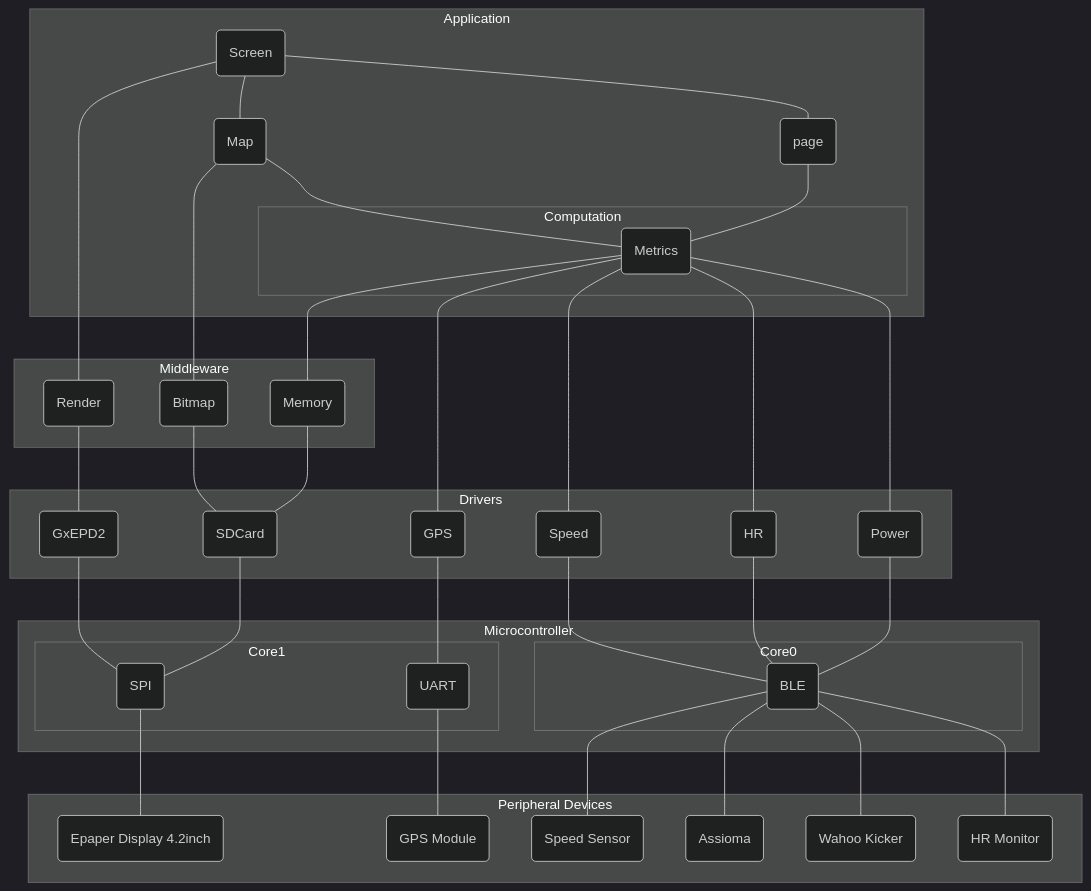
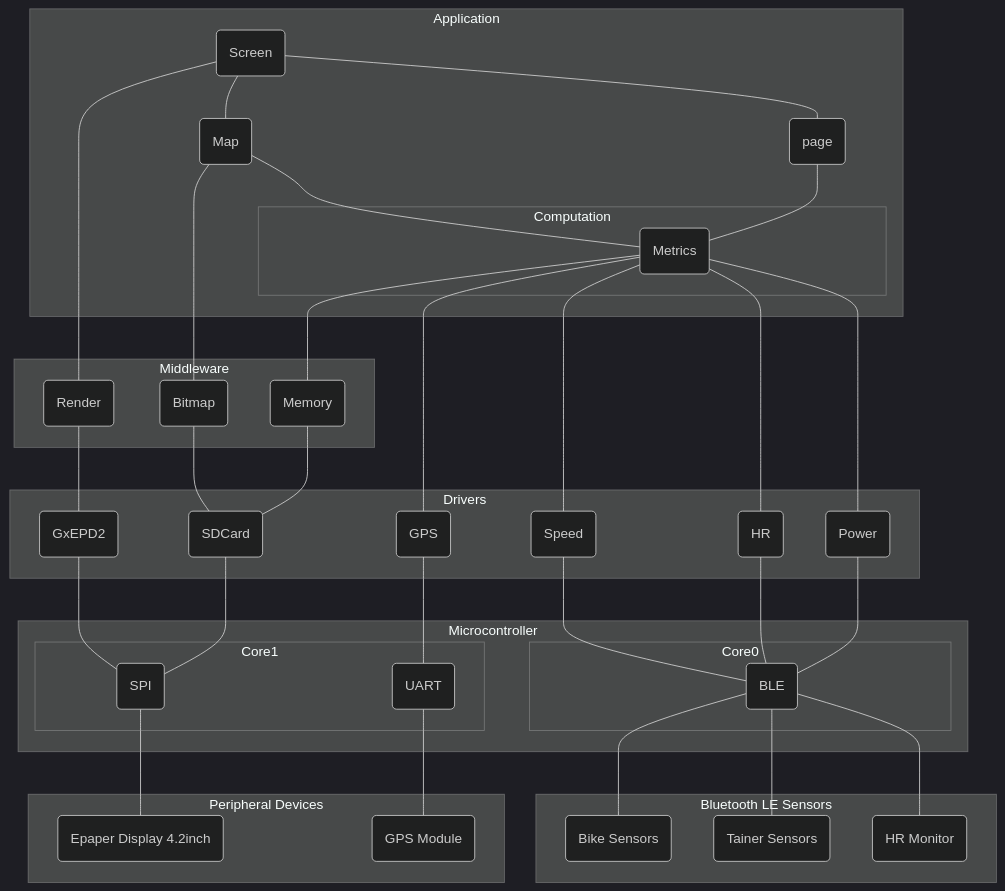
Before and after one commit to nikitaignatov/velometa: the first of 2 diagrams in README.md, drawn with Mermaid (dark theme). The commit also changed other lines of this file, not shown here.

Commit message:
update the diagrams

````diff
--- a/README.md
+++ b/README.md
@@ -55,79 +55,81 @@
 ```mermaid
 
 flowchart TD
 
 subgraph "Peripheral Devices"
   epaper("Epaper Display 4.2inch")
-  power_sensor1("Assioma")
-  power_sensor2("Wahoo Kicker")
-  speed_sensor1("Speed Sensor")
-  hr_monitor("HR Monitor")
   gps_module("GPS Module")
 end
+
+subgraph "Bluetooth LE Sensors"
+  bike("Bike Sensors")
+  trainer("Tainer Sensors")
+  hr_monitor("HR Monitor")
+end
+
 subgraph "Microcontroller"
   Core1("Core1")
   Core0("Core0")
 end
 
 subgraph "Core1"
   spi("SPI")
   uart("UART")
   uart---gps_module
   spi---epaper
 end
 
 subgraph "Core0"
   ble("BLE")
-  ble---speed_sensor1
-  ble---power_sensor1
-  ble---power_sensor2
+  ble---bike
+  ble---trainer
   ble---hr_monitor  
 end
 
 subgraph "Drivers"
   sdcard("SDCard")
   gfx("GxEPD2")
   gps("GPS")
   speed("Speed")
   power("Power")
   hr("HR")
   hr---ble
   power---ble
   speed---ble
   gps---uart
   gfx---spi
   sdcard---spi
 end
 
 subgraph "Middleware"
   memory("Memory")
   render("Render")
   bitmap("Bitmap")
   memory---sdcard
   render---gfx
   bitmap---sdcard
 end
 
 subgraph "Computation"
   telemetry---memory
   telemetry("Metrics")
   telemetry---gps
   telemetry---speed
   telemetry---hr
   telemetry---power
 end
 
 subgraph "Application"
   Computation("Computation")
   screen("Screen")
   map_page("Map")
   page("page")
   screen---render
   screen---map_page
   map_page---bitmap
   map_page---telemetry
   page---telemetry
   screen---page
 end
 
 ```
````
